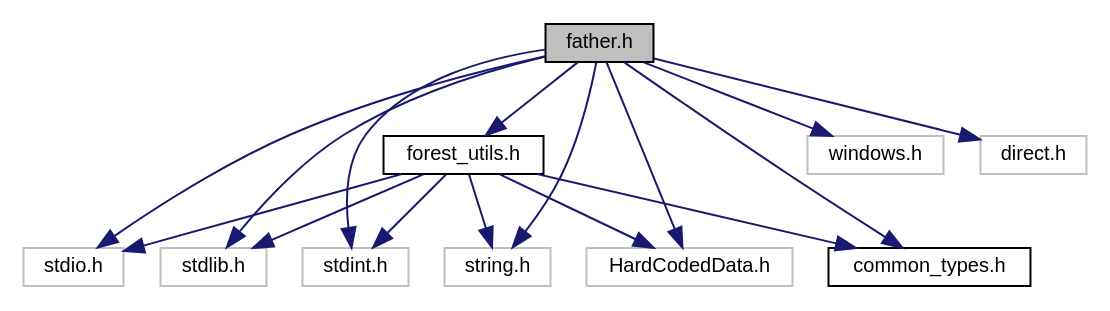
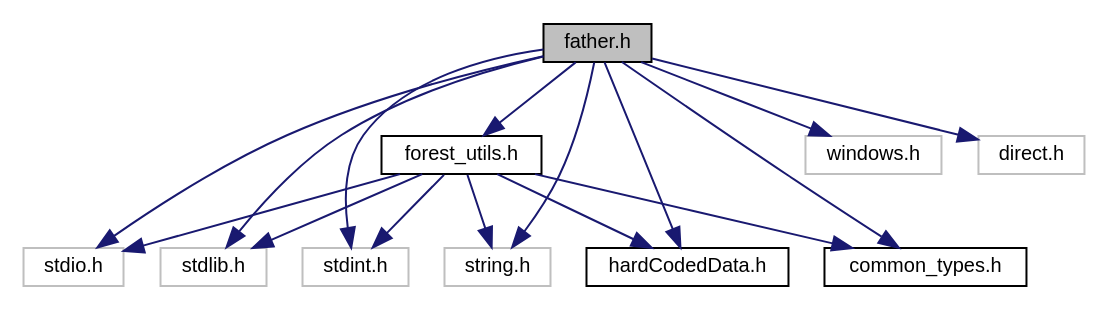
One commit to LevyMatan/ISP_ex1_doc changed the diagram in father_8h__incl.dot. Above: the diagram before and after it, drawn with Graphviz. The commit also changed 73 other files, not shown here.

```diff
--- a/father_8h__incl.dot
+++ b/father_8h__incl.dot
@@ -1,32 +1,32 @@
 digraph "father.h"
 {
  // INTERACTIVE_SVG=YES
  // LATEX_PDF_SIZE
   edge [fontname="Helvetica",fontsize="10",labelfontname="Helvetica",labelfontsize="10"];
   node [fontname="Helvetica",fontsize="10",shape=record];
-  Node1 [label="father.h",height=0.2,width=0.4,color="black", fillcolor="grey75", style="filled", fontcolor="black",tooltip=" "];
+  Node1 [label="father.h",height=0.2,width=0.4,color="black", fillcolor="grey75", style="filled", fontcolor="black",tooltip="Father header file."];
   Node1 -> Node2 [color="midnightblue",fontsize="10",style="solid",fontname="Helvetica"];
   Node2 [label="stdio.h",height=0.2,width=0.4,color="grey75", fillcolor="white", style="filled",tooltip=" "];
   Node1 -> Node3 [color="midnightblue",fontsize="10",style="solid",fontname="Helvetica"];
   Node3 [label="stdlib.h",height=0.2,width=0.4,color="grey75", fillcolor="white", style="filled",tooltip=" "];
   Node1 -> Node4 [color="midnightblue",fontsize="10",style="solid",fontname="Helvetica"];
   Node4 [label="stdint.h",height=0.2,width=0.4,color="grey75", fillcolor="white", style="filled",tooltip=" "];
   Node1 -> Node5 [color="midnightblue",fontsize="10",style="solid",fontname="Helvetica"];
   Node5 [label="string.h",height=0.2,width=0.4,color="grey75", fillcolor="white", style="filled",tooltip=" "];
   Node1 -> Node6 [color="midnightblue",fontsize="10",style="solid",fontname="Helvetica"];
   Node6 [label="windows.h",height=0.2,width=0.4,color="grey75", fillcolor="white", style="filled",tooltip=" "];
   Node1 -> Node7 [color="midnightblue",fontsize="10",style="solid",fontname="Helvetica"];
   Node7 [label="direct.h",height=0.2,width=0.4,color="grey75", fillcolor="white", style="filled",tooltip=" "];
   Node1 -> Node8 [color="midnightblue",fontsize="10",style="solid",fontname="Helvetica"];
-  Node8 [label="HardCodedData.h",height=0.2,width=0.4,color="grey75", fillcolor="white", style="filled",tooltip=" "];
+  Node8 [label="hardCodedData.h",height=0.2,width=0.4,color="black", fillcolor="white", style="filled",URL="$_father_2hard_coded_data_8h.html",tooltip="Father hard coded data. Instead of using magic numbers and string in the code, meanigful defined name..."];
   Node1 -> Node9 [color="midnightblue",fontsize="10",style="solid",fontname="Helvetica"];
   Node9 [label="common_types.h",height=0.2,width=0.4,color="black", fillcolor="white", style="filled",URL="$common__types_8h.html",tooltip="Hold common defenitions and types."];
   Node1 -> Node10 [color="midnightblue",fontsize="10",style="solid",fontname="Helvetica"];
   Node10 [label="forest_utils.h",height=0.2,width=0.4,color="black", fillcolor="white", style="filled",URL="$forest__utils_8h.html",tooltip="This sub-module will handle all forest related functions."];
   Node10 -> Node4 [color="midnightblue",fontsize="10",style="solid",fontname="Helvetica"];
   Node10 -> Node2 [color="midnightblue",fontsize="10",style="solid",fontname="Helvetica"];
   Node10 -> Node3 [color="midnightblue",fontsize="10",style="solid",fontname="Helvetica"];
   Node10 -> Node5 [color="midnightblue",fontsize="10",style="solid",fontname="Helvetica"];
   Node10 -> Node8 [color="midnightblue",fontsize="10",style="solid",fontname="Helvetica"];
   Node10 -> Node9 [color="midnightblue",fontsize="10",style="solid",fontname="Helvetica"];
 }
```
